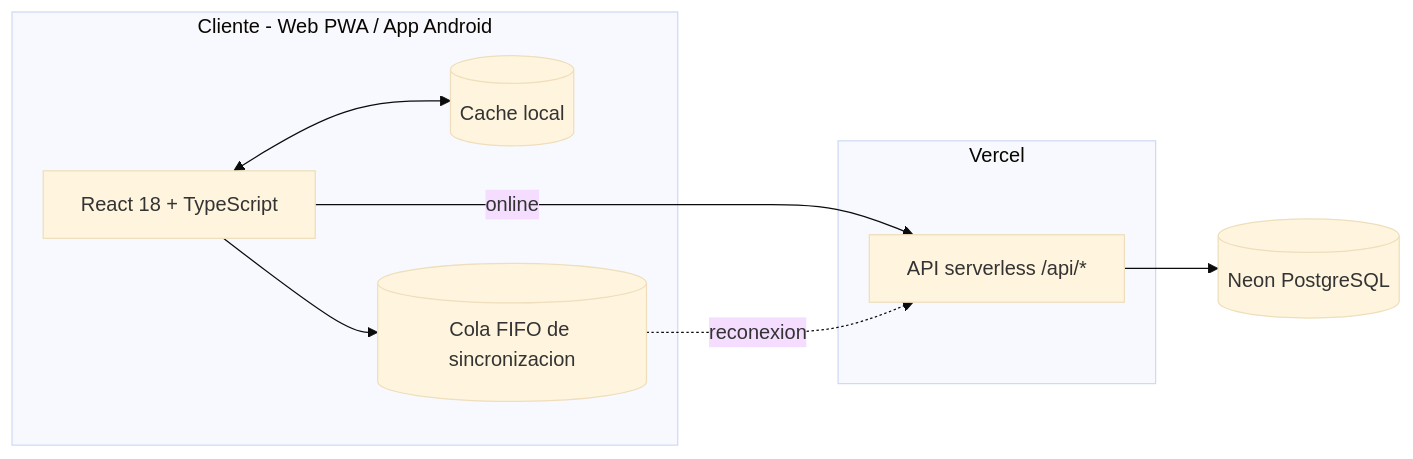
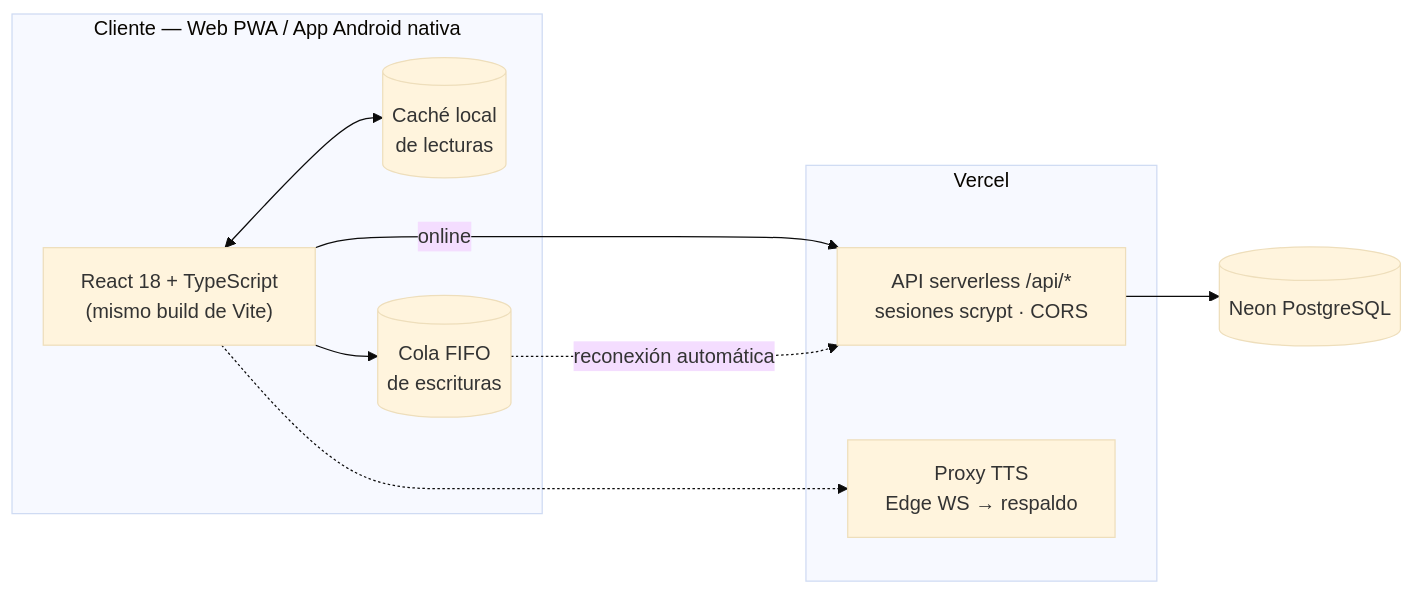
The first of 2 diagrams in README.md (Imandro/AliviaApp), drawn with Mermaid (base theme) before and after one commit. The commit also changed other lines of this file, not shown here.

Commit message:
docs: readme profesional - badges de CI/release, diagramas mermaid, metricas, troubleshooting y recursos de crisis

````diff
--- a/README.md
+++ b/README.md
@@ -78,18 +84,22 @@
 ```mermaid
 flowchart LR
-    subgraph Cliente["Cliente - Web PWA / App Android"]
-        UI["React 18 + TypeScript"]
-        CACHE[("Cache local")]
-        OUTBOX[("Cola FIFO de sincronizacion")]
+    subgraph Cliente["Cliente — Web PWA / App Android nativa"]
+        UI["React 18 + TypeScript<br/>(mismo build de Vite)"]
+        CACHE[("Caché local<br/>de lecturas")]
+        OUTBOX[("Cola FIFO<br/>de escrituras")]
         UI <--> CACHE
         UI --> OUTBOX
     end
+
     subgraph Nube["Vercel"]
-        API["API serverless /api/*"]
+        API["API serverless /api/*<br/>sesiones scrypt · CORS"]
+        TTS["Proxy TTS<br/>Edge WS → respaldo"]
     end
+
     DB[("Neon PostgreSQL")]
 
-    UI -- online --> API
-    OUTBOX -. reconexion .-> API
+    UI -- "online" --> API
+    OUTBOX -.->|"reconexión automática"| API
+    UI -.-> TTS
     API --> DB
 ```
````
